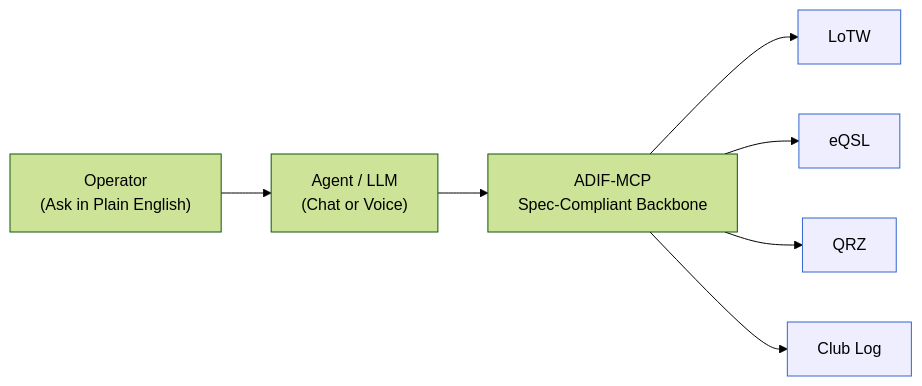
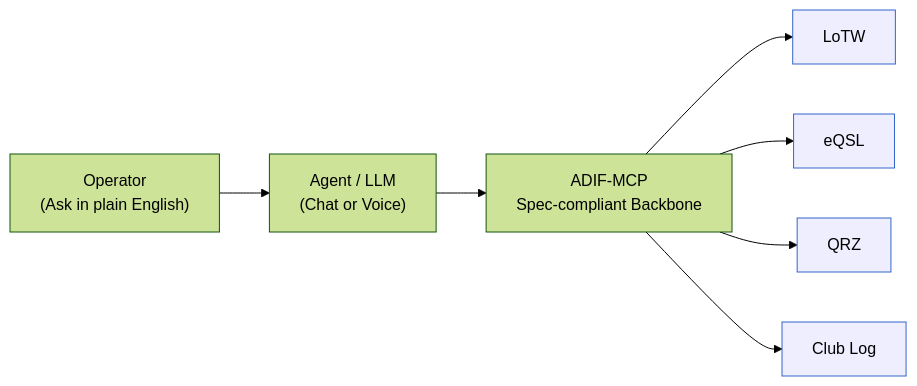
One commit to KI7MT/adif-mcp changed the diagram in docs/concepts/overview.md. Above: the diagram before and after it, drawn with Mermaid (forest theme). The commit also changed other lines of this file and 22 other files, not shown here.

````diff
--- a/docs/concepts/overview.md
+++ b/docs/concepts/overview.md
@@ -43,12 +11,12 @@
-```mermaid
+~~~mermaid
 flowchart LR
-  A["Operator<br/>(Ask in Plain English)"] --> B["Agent / LLM<br/>(Chat or Voice)"]
-  B --> C["ADIF-MCP<br/>Spec-Compliant Backbone"]
+  A["Operator<br/>(Ask in plain English)"] --> B["Agent / LLM<br/>(Chat or Voice)"]
+  B --> C["ADIF-MCP<br/>Spec-compliant Backbone"]
   C --> D[LoTW]
   C --> E[eQSL]
   C --> F[QRZ]
   C --> G[Club Log]
 
   classDef service fill:#eef,stroke:#36c,stroke-width:1px;
   class D,E,F,G service;
-```
+~~~
````
